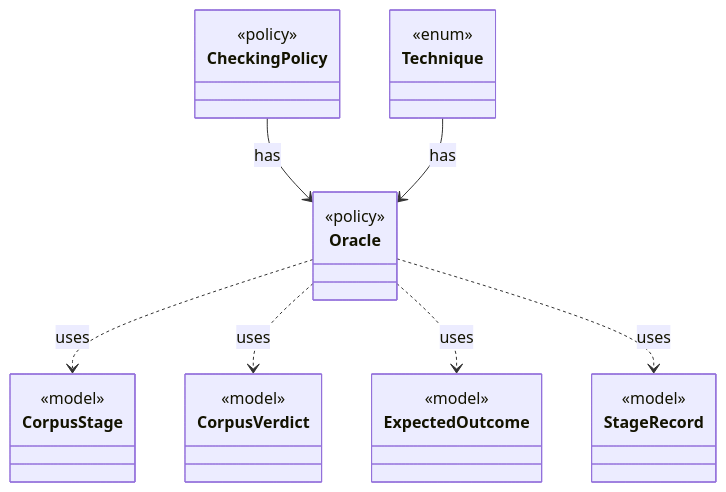
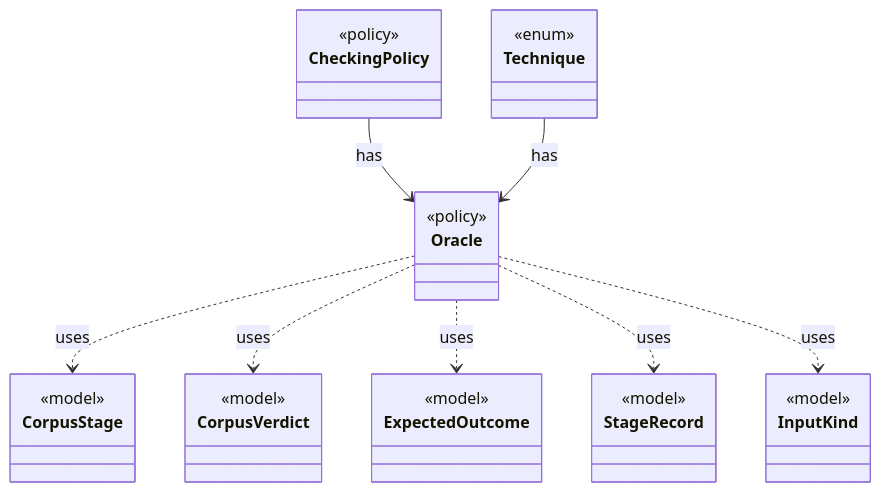
The diagram in dev/types/io.github.tlaplus.hardening.corpus.Oracle.md (tlaplus/model-checker-hardening), drawn with Mermaid before and after one commit. The commit also changed other lines of this file and 454 other files, not shown here.

````diff
--- a/dev/types/io.github.tlaplus.hardening.corpus.Oracle.md
+++ b/dev/types/io.github.tlaplus.hardening.corpus.Oracle.md
@@ -9,30 +9,34 @@
 ```mermaid
 classDiagram
   class Oracle {
     <<policy>>
   }
   class CheckingPolicy {
     <<policy>>
   }
   class Technique {
     <<enum>>
   }
   class CorpusStage {
     <<model>>
   }
   class CorpusVerdict {
     <<model>>
   }
   class ExpectedOutcome {
     <<model>>
   }
   class StageRecord {
     <<model>>
   }
+  class InputKind {
+    <<model>>
+  }
   CheckingPolicy --> Oracle : has
   Technique --> Oracle : has
   Oracle ..> CorpusStage : uses
   Oracle ..> CorpusVerdict : uses
   Oracle ..> ExpectedOutcome : uses
   Oracle ..> StageRecord : uses
+  Oracle ..> InputKind : uses
 ```
````
